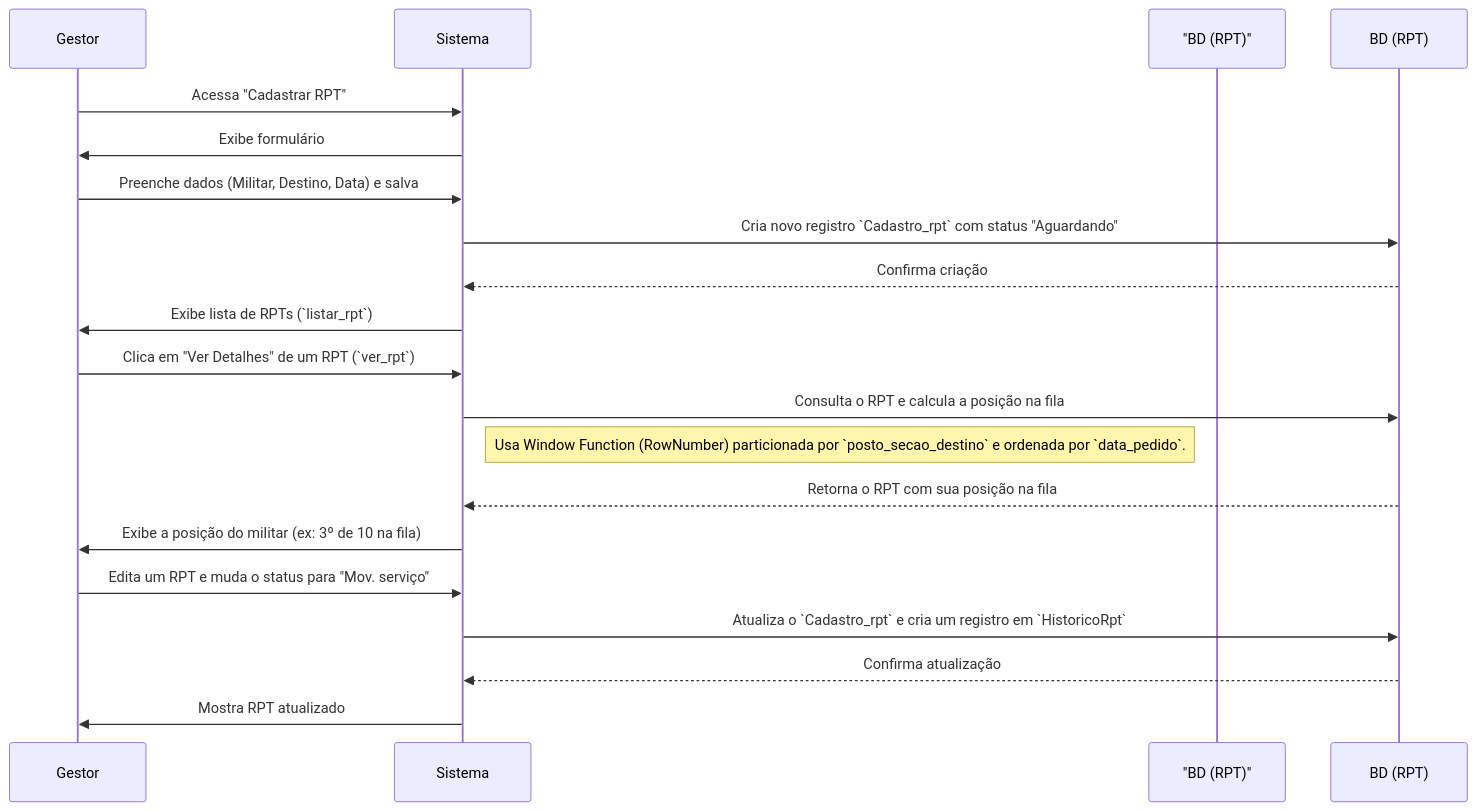
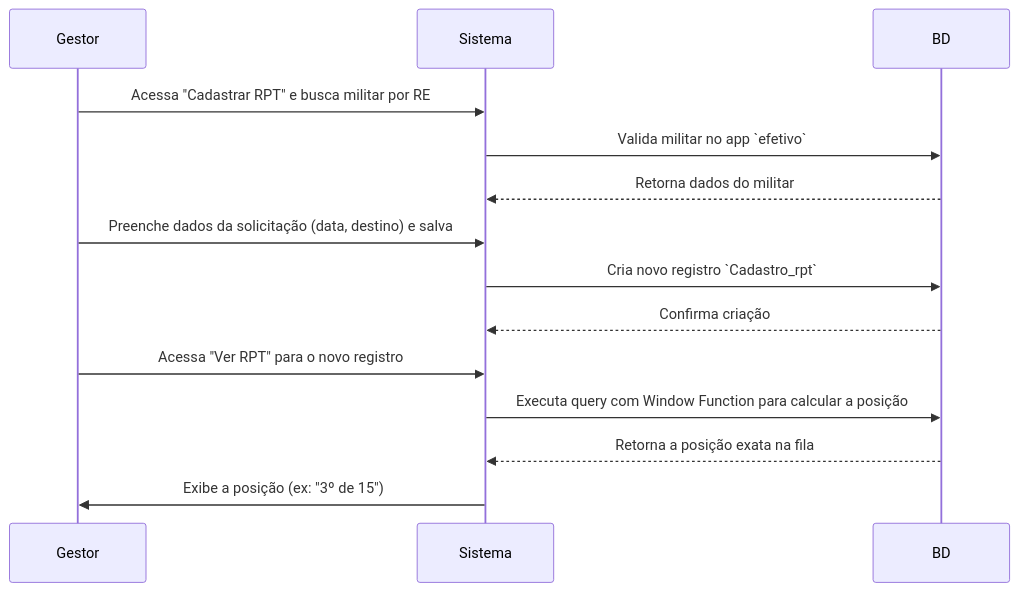
One commit to Andre-fdias/SisCoE changed the third of 3 diagrams in docs/apps/rpt.md. Above: the diagram before and after it, drawn with Mermaid. The commit also changed other lines of this file and 17 other files, not shown here.

````diff
--- a/docs/apps/rpt.md
+++ b/docs/apps/rpt.md
@@ -26,26 +77,17 @@
 ```mermaid
 sequenceDiagram
     participant Gestor
     participant Sistema
-    participant "BD (RPT)"
+    participant BD
 
-    Gestor->>Sistema: Acessa "Cadastrar RPT"
-    Sistema->>Gestor: Exibe formulário
-    Gestor->>Sistema: Preenche dados (Militar, Destino, Data) e salva
-    Sistema->>BD (RPT): Cria novo registro `Cadastro_rpt` com status "Aguardando"
-    BD (RPT)-->>Sistema: Confirma criação
-    Sistema->>Gestor: Exibe lista de RPTs (`listar_rpt`)
-
-    %% Visualização da Fila %%
-    Gestor->>Sistema: Clica em "Ver Detalhes" de um RPT (`ver_rpt`)
-    Sistema->>BD (RPT): Consulta o RPT e calcula a posição na fila
-    Note right of Sistema: Usa Window Function (RowNumber) particionada por `posto_secao_destino` e ordenada por `data_pedido`.
-    BD (RPT)-->>Sistema: Retorna o RPT com sua posição na fila
-    Sistema->>Gestor: Exibe a posição do militar (ex: 3º de 10 na fila)
-
-    %% Atualização do Status %%
-    Gestor->>Sistema: Edita um RPT e muda o status para "Mov. serviço"
-    Sistema->>BD (RPT): Atualiza o `Cadastro_rpt` e cria um registro em `HistoricoRpt`
-    BD (RPT)-->>Sistema: Confirma atualização
-    Sistema->>Gestor: Mostra RPT atualizado
+    Gestor->>Sistema: Acessa "Cadastrar RPT" e busca militar por RE
+    Sistema->>BD: Valida militar no app `efetivo`
+    BD-->>Sistema: Retorna dados do militar
+    Gestor->>Sistema: Preenche dados da solicitação (data, destino) e salva
+    Sistema->>BD: Cria novo registro `Cadastro_rpt`
+    BD-->>Sistema: Confirma criação
+    Gestor->>Sistema: Acessa "Ver RPT" para o novo registro
+    Sistema->>BD: Executa query com Window Function para calcular a posição
+    BD-->>Sistema: Retorna a posição exata na fila
+    Sistema->>Gestor: Exibe a posição (ex: "3º de 15")
 ```
````
